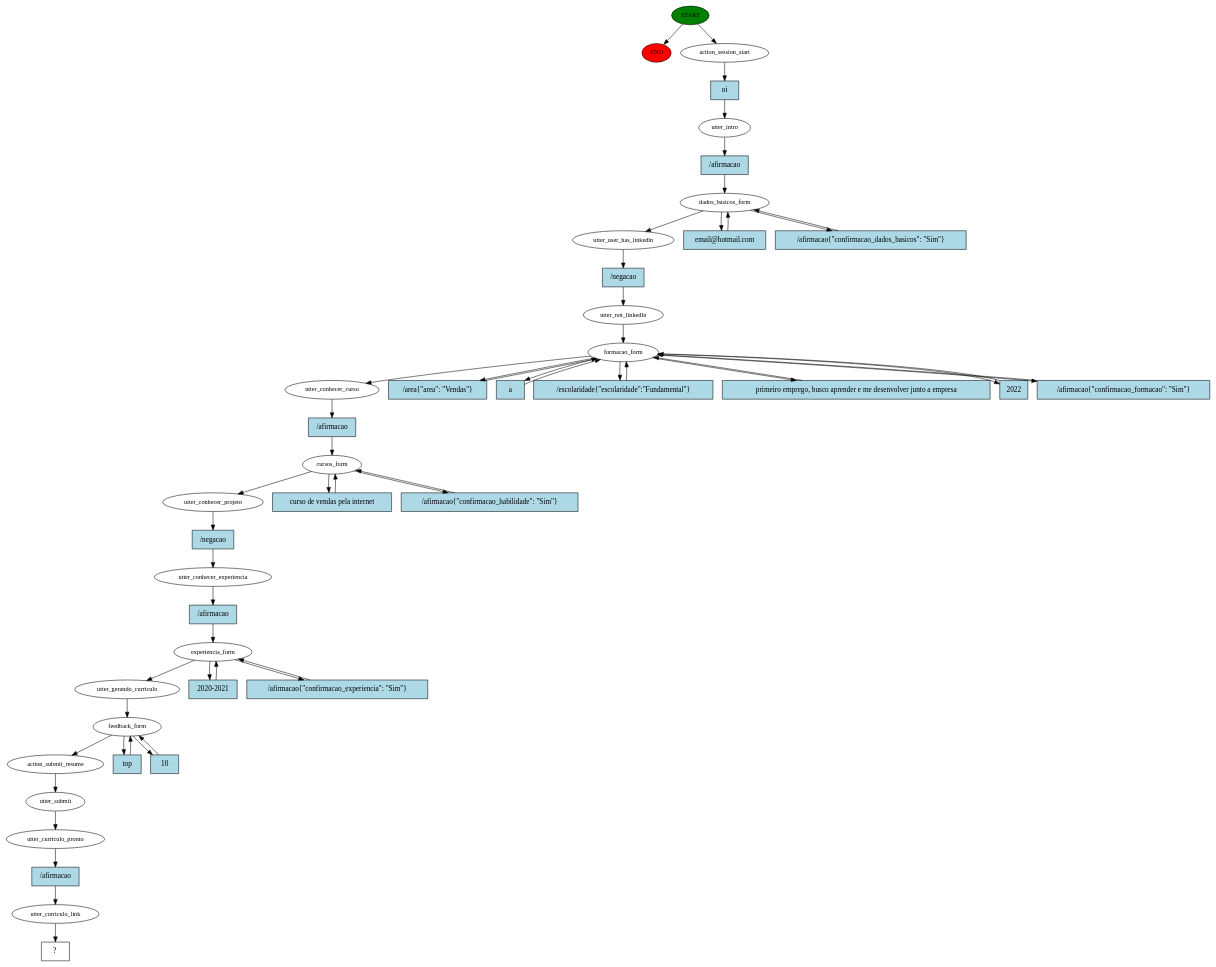
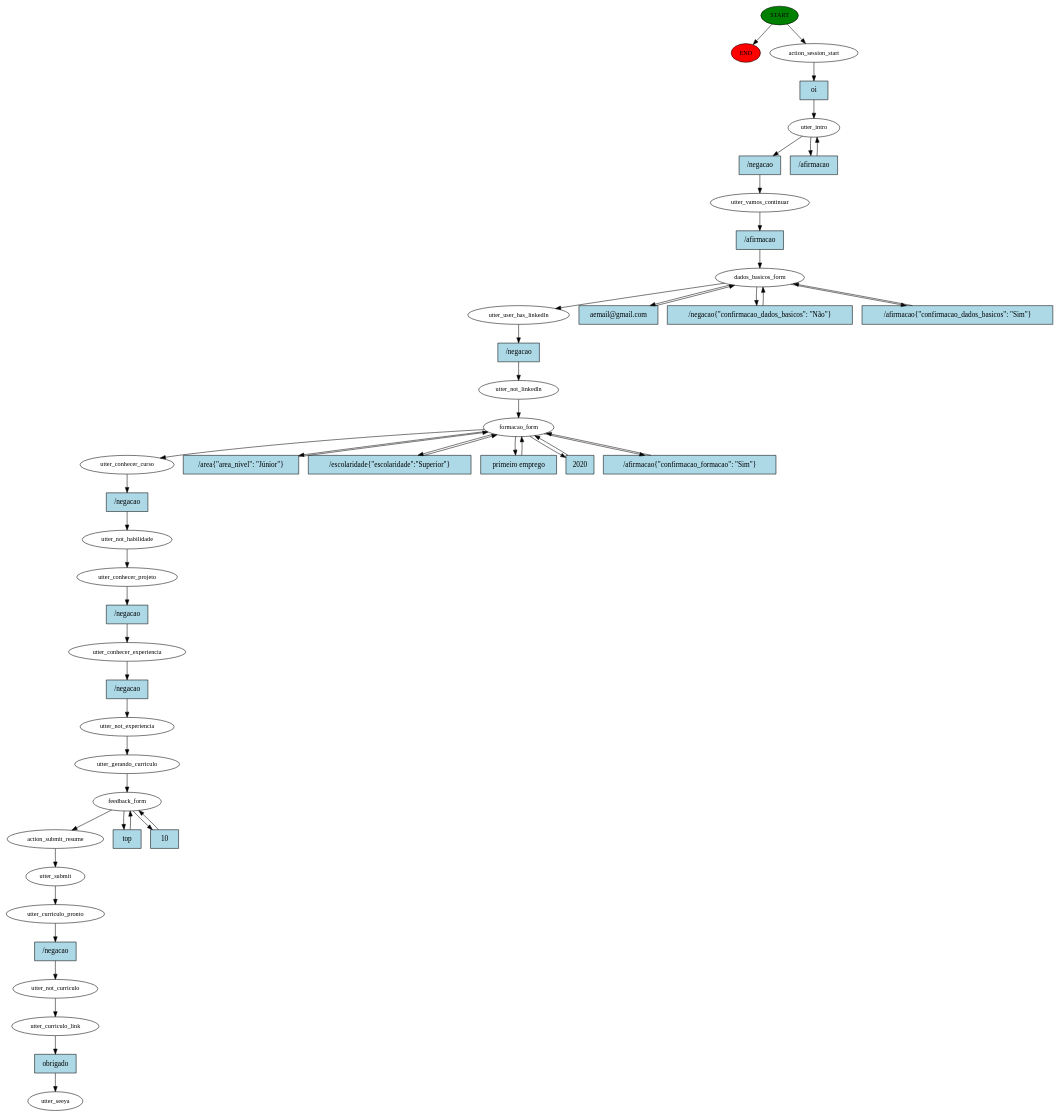
Before and after one commit to MarcosAllysson/curvi2.0: the diagram in story_graph.dot, drawn with Graphviz. The commit also changed 4 other files, not shown here.

```diff
--- a/story_graph.dot
+++ b/story_graph.dot
@@ -1,97 +1,96 @@
 digraph  {
 0 [class="start active", fillcolor=green, fontsize=12, label=START, style=filled];
 "-1" [class=end, fillcolor=red, fontsize=12, label=END, style=filled];
 1 [class=active, fontsize=12, label=action_session_start];
 2 [class=active, fontsize=12, label=utter_intro];
-3 [class=active, fontsize=12, label=dados_basicos_form];
-10 [class=active, fontsize=12, label=utter_user_has_linkedln];
-11 [class=active, fontsize=12, label=utter_not_linkedln];
-12 [class=active, fontsize=12, label=formacao_form];
-21 [class=active, fontsize=12, label=utter_conhecer_curso];
-22 [class=active, fontsize=12, label=cursos_form];
-25 [class=active, fontsize=12, label=utter_conhecer_projeto];
-26 [class=active, fontsize=12, label=utter_conhecer_experiencia];
-27 [class=active, fontsize=12, label=experiencia_form];
-33 [class=active, fontsize=12, label=utter_gerando_curriculo];
-34 [class=active, fontsize=12, label=feedback_form];
-37 [class=active, fontsize=12, label=action_submit_resume];
-38 [class=active, fontsize=12, label=utter_submit];
-39 [class=active, fontsize=12, label=utter_curriculo_pronto];
-40 [class=active, fontsize=12, label=utter_curriculo_link];
-41 [class="intent dashed active", label="  ?  ", shape=rect];
-42 [class="intent active", fillcolor=lightblue, label=oi, shape=rect, style=filled];
-43 [class="intent active", fillcolor=lightblue, label="/afirmacao", shape=rect, style=filled];
-44 [class="intent active", fillcolor=lightblue, label="email@hotmail.com", shape=rect, style=filled];
-45 [class="intent active", fillcolor=lightblue, label="/afirmacao{\"confirmacao_dados_basicos\": \"Sim\"}", shape=rect, style=filled];
-46 [class="intent active", fillcolor=lightblue, label="/negacao", shape=rect, style=filled];
-47 [class="intent active", fillcolor=lightblue, label="/area{\"area\": \"Vendas\"}", shape=rect, style=filled];
-48 [class="intent active", fillcolor=lightblue, label=a, shape=rect, style=filled];
-49 [class="intent active", fillcolor=lightblue, label="/escolaridade{\"escolaridade\":\"Fundamental\"}", shape=rect, style=filled];
-50 [class="intent active", fillcolor=lightblue, label="primeiro emprego, busco aprender e me desenvolver junto a empresa", shape=rect, style=filled];
-51 [class="intent active", fillcolor=lightblue, label=2022, shape=rect, style=filled];
-52 [class="intent active", fillcolor=lightblue, label="/afirmacao{\"confirmacao_formacao\": \"Sim\"}", shape=rect, style=filled];
-53 [class="intent active", fillcolor=lightblue, label="/afirmacao", shape=rect, style=filled];
-54 [class="intent active", fillcolor=lightblue, label="curso de vendas pela internet", shape=rect, style=filled];
-55 [class="intent active", fillcolor=lightblue, label="/afirmacao{\"confirmacao_habilidade\": \"Sim\"}", shape=rect, style=filled];
-56 [class="intent active", fillcolor=lightblue, label="/negacao", shape=rect, style=filled];
-57 [class="intent active", fillcolor=lightblue, label="/afirmacao", shape=rect, style=filled];
-58 [class="intent active", fillcolor=lightblue, label="2020-2021", shape=rect, style=filled];
-59 [class="intent active", fillcolor=lightblue, label="/afirmacao{\"confirmacao_experiencia\": \"Sim\"}", shape=rect, style=filled];
+4 [class=active, fontsize=12, label=utter_vamos_continuar];
+5 [class=active, fontsize=12, label=dados_basicos_form];
+18 [class=active, fontsize=12, label=utter_user_has_linkedln];
+19 [class=active, fontsize=12, label=utter_not_linkedln];
+20 [class=active, fontsize=12, label=formacao_form];
+29 [class=active, fontsize=12, label=utter_conhecer_curso];
+30 [class=active, fontsize=12, label=utter_not_habilidade];
+31 [class=active, fontsize=12, label=utter_conhecer_projeto];
+32 [class=active, fontsize=12, label=utter_conhecer_experiencia];
+33 [class=active, fontsize=12, label=utter_not_experiencia];
+34 [class=active, fontsize=12, label=utter_gerando_curriculo];
+35 [class=active, fontsize=12, label=feedback_form];
+38 [class=active, fontsize=12, label=action_submit_resume];
+39 [class=active, fontsize=12, label=utter_submit];
+40 [class=active, fontsize=12, label=utter_curriculo_pronto];
+41 [class=active, fontsize=12, label=utter_not_curriculo];
+42 [class=active, fontsize=12, label=utter_curriculo_link];
+43 [class="dashed active", fontsize=12, label=utter_seeya];
+44 [class="intent active", fillcolor=lightblue, label=oi, shape=rect, style=filled];
+45 [class="intent active", fillcolor=lightblue, label="/negacao", shape=rect, style=filled];
+46 [class="intent active", fillcolor=lightblue, label="/afirmacao", shape=rect, style=filled];
+47 [class="intent active", fillcolor=lightblue, label="/afirmacao", shape=rect, style=filled];
+48 [class="intent active", fillcolor=lightblue, label="aemail@gmail.com", shape=rect, style=filled];
+49 [class="intent active", fillcolor=lightblue, label="/negacao{\"confirmacao_dados_basicos\": \"Não\"}", shape=rect, style=filled];
+50 [class="intent active", fillcolor=lightblue, label="/afirmacao{\"confirmacao_dados_basicos\": \"Sim\"}", shape=rect, style=filled];
+51 [class="intent active", fillcolor=lightblue, label="/negacao", shape=rect, style=filled];
+52 [class="intent active", fillcolor=lightblue, label="/area{\"area_nivel\": \"Júnior\"}", shape=rect, style=filled];
+53 [class="intent active", fillcolor=lightblue, label="/escolaridade{\"escolaridade\":\"Superior\"}", shape=rect, style=filled];
+54 [class="intent active", fillcolor=lightblue, label="primeiro emprego", shape=rect, style=filled];
+55 [class="intent active", fillcolor=lightblue, label=2020, shape=rect, style=filled];
+56 [class="intent active", fillcolor=lightblue, label="/afirmacao{\"confirmacao_formacao\": \"Sim\"}", shape=rect, style=filled];
+57 [class="intent active", fillcolor=lightblue, label="/negacao", shape=rect, style=filled];
+58 [class="intent active", fillcolor=lightblue, label="/negacao", shape=rect, style=filled];
+59 [class="intent active", fillcolor=lightblue, label="/negacao", shape=rect, style=filled];
 60 [class="intent active", fillcolor=lightblue, label=top, shape=rect, style=filled];
 61 [class="intent active", fillcolor=lightblue, label=10, shape=rect, style=filled];
-62 [class="intent active", fillcolor=lightblue, label="/afirmacao", shape=rect, style=filled];
+62 [class="intent active", fillcolor=lightblue, label="/negacao", shape=rect, style=filled];
+63 [class="intent active", fillcolor=lightblue, label=obrigado, shape=rect, style=filled];
 0 -> "-1"  [class="", key=NONE, label=""];
 0 -> 1  [class=active, key=NONE, label=""];
-1 -> 42  [class=active, key=0];
-2 -> 43  [class=active, key=0];
-3 -> 10  [class=active, key=NONE, label=""];
-3 -> 44  [class=active, key=0];
-3 -> 45  [class=active, key=0];
-10 -> 46  [class=active, key=0];
-11 -> 12  [class=active, key=NONE, label=""];
-12 -> 21  [class=active, key=NONE, label=""];
-12 -> 47  [class=active, key=0];
-12 -> 48  [class=active, key=0];
-12 -> 49  [class=active, key=0];
-12 -> 50  [class=active, key=0];
-12 -> 51  [class=active, key=0];
-12 -> 52  [class=active, key=0];
-21 -> 53  [class=active, key=0];
-22 -> 25  [class=active, key=NONE, label=""];
-22 -> 54  [class=active, key=0];
-22 -> 55  [class=active, key=0];
-25 -> 56  [class=active, key=0];
-26 -> 57  [class=active, key=0];
-27 -> 33  [class=active, key=NONE, label=""];
-27 -> 58  [class=active, key=0];
-27 -> 59  [class=active, key=0];
+1 -> 44  [class=active, key=0];
+2 -> 45  [class=active, key=0];
+2 -> 46  [class=active, key=0];
+4 -> 47  [class=active, key=0];
+5 -> 18  [class=active, key=NONE, label=""];
+5 -> 48  [class=active, key=0];
+5 -> 49  [class=active, key=0];
+5 -> 50  [class=active, key=0];
+18 -> 51  [class=active, key=0];
+19 -> 20  [class=active, key=NONE, label=""];
+20 -> 29  [class=active, key=NONE, label=""];
+20 -> 52  [class=active, key=0];
+20 -> 53  [class=active, key=0];
+20 -> 54  [class=active, key=0];
+20 -> 55  [class=active, key=0];
+20 -> 56  [class=active, key=0];
+29 -> 57  [class=active, key=0];
+30 -> 31  [class=active, key=NONE, label=""];
+31 -> 58  [class=active, key=0];
+32 -> 59  [class=active, key=0];
 33 -> 34  [class=active, key=NONE, label=""];
-34 -> 37  [class=active, key=NONE, label=""];
-34 -> 60  [class=active, key=0];
-34 -> 61  [class=active, key=0];
-37 -> 38  [class=active, key=NONE, label=""];
+34 -> 35  [class=active, key=NONE, label=""];
+35 -> 38  [class=active, key=NONE, label=""];
+35 -> 60  [class=active, key=0];
+35 -> 61  [class=active, key=0];
 38 -> 39  [class=active, key=NONE, label=""];
-39 -> 62  [class=active, key=0];
-40 -> 41  [class=active, key=NONE, label=""];
-42 -> 2  [class=active, key=0];
-43 -> 3  [class=active, key=0];
-44 -> 3  [class=active, key=0];
-45 -> 3  [class=active, key=0];
-46 -> 11  [class=active, key=0];
-47 -> 12  [class=active, key=0];
-48 -> 12  [class=active, key=0];
-49 -> 12  [class=active, key=0];
-50 -> 12  [class=active, key=0];
-51 -> 12  [class=active, key=0];
-52 -> 12  [class=active, key=0];
-53 -> 22  [class=active, key=0];
-54 -> 22  [class=active, key=0];
-55 -> 22  [class=active, key=0];
-56 -> 26  [class=active, key=0];
-57 -> 27  [class=active, key=0];
-58 -> 27  [class=active, key=0];
-59 -> 27  [class=active, key=0];
-60 -> 34  [class=active, key=0];
-61 -> 34  [class=active, key=0];
-62 -> 40  [class=active, key=0];
+39 -> 40  [class=active, key=NONE, label=""];
+40 -> 62  [class=active, key=0];
+41 -> 42  [class=active, key=NONE, label=""];
+42 -> 63  [class=active, key=0];
+44 -> 2  [class=active, key=0];
+45 -> 4  [class=active, key=0];
+46 -> 2  [class=active, key=0];
+47 -> 5  [class=active, key=0];
+48 -> 5  [class=active, key=0];
+49 -> 5  [class=active, key=0];
+50 -> 5  [class=active, key=0];
+51 -> 19  [class=active, key=0];
+52 -> 20  [class=active, key=0];
+53 -> 20  [class=active, key=0];
+54 -> 20  [class=active, key=0];
+55 -> 20  [class=active, key=0];
+56 -> 20  [class=active, key=0];
+57 -> 30  [class=active, key=0];
+58 -> 32  [class=active, key=0];
+59 -> 33  [class=active, key=0];
+60 -> 35  [class=active, key=0];
+61 -> 35  [class=active, key=0];
+62 -> 41  [class=active, key=0];
+63 -> 43  [class=active, key=0];
 }
```
